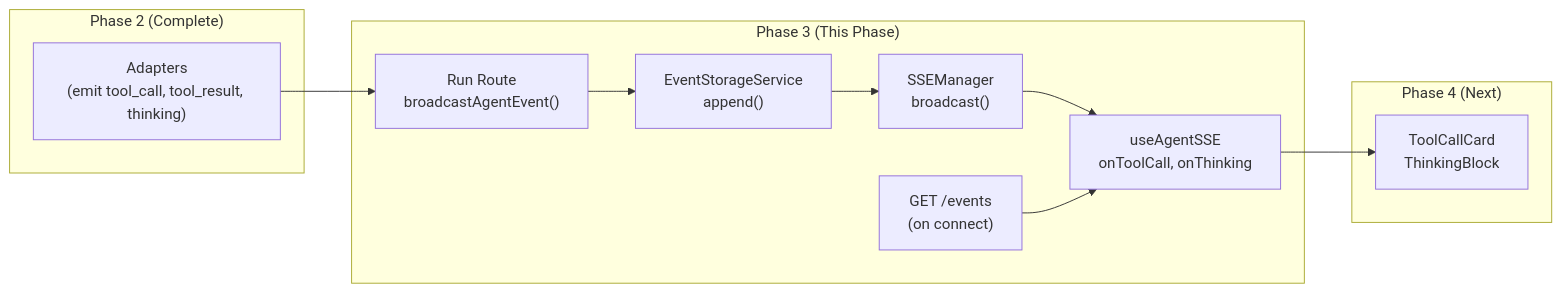
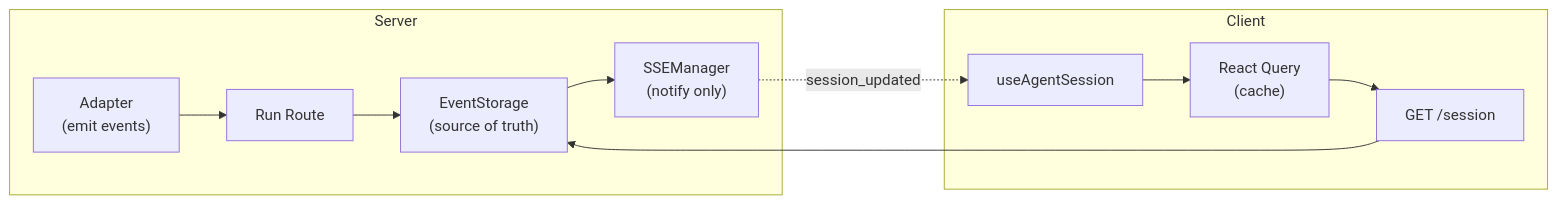
The second of 4 diagrams in docs/plans/015-better-agents/tasks/phase-3-sse-broadcast-integration/tasks.md (AI-Substrate/chainglass), drawn with Mermaid before and after one commit. The commit also changed other lines of this file and 1 other file, not shown here.

First line of the commit message:
feat(015): Phase 3 notification-fetch architecture design

````diff
--- a/docs/plans/015-better-agents/tasks/phase-3-sse-broadcast-integration/tasks.md
+++ b/docs/plans/015-better-agents/tasks/phase-3-sse-broadcast-integration/tasks.md
@@ -396,25 +332,23 @@
 ```mermaid
 flowchart LR
-    subgraph Phase2["Phase 2 (Complete)"]
-        Adapters["Adapters<br/>(emit tool_call, tool_result, thinking)"]
+    subgraph Server
+        Adapter["Adapter<br/>(emit events)"]
+        Route["Run Route"]
+        Storage["EventStorage<br/>(source of truth)"]
+        SSE["SSEManager<br/>(notify only)"]
     end
 
-    subgraph Phase3["Phase 3 (This Phase)"]
-        Route["Run Route<br/>broadcastAgentEvent()"]
-        Storage["EventStorageService<br/>append()"]
-        SSE["SSEManager<br/>broadcast()"]
-        Hook["useAgentSSE<br/>onToolCall, onThinking"]
-        Fetch["GET /events<br/>(on connect)"]
+    subgraph Client
+        Hook["useAgentSession"]
+        Query["React Query<br/>(cache)"]
+        REST["GET /session"]
     end
 
-    subgraph Phase4["Phase 4 (Next)"]
-        UI["ToolCallCard<br/>ThinkingBlock"]
-    end
-
-    Adapters --> Route
+    Adapter --> Route
     Route --> Storage
     Storage --> SSE
-    SSE --> Hook
-    Fetch --> Hook
-    Hook --> UI
+    SSE -.->|"session_updated"| Hook
+    Hook --> Query
+    Query --> REST
+    REST --> Storage
 ```
````
